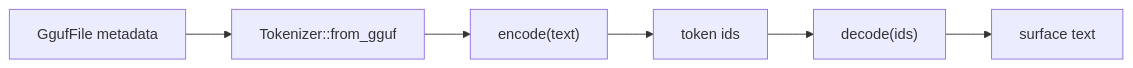
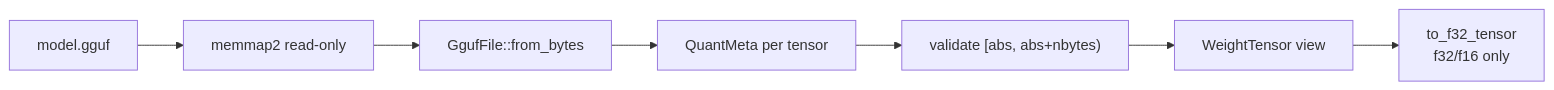
The second of 2 diagrams in docs/architecture.md (404khai/phalanx), drawn with Mermaid before and after one commit. The commit also changed other lines of this file and 17 other files, not shown here.

First line of the commit message:
feat(weights): mmap GGUF payloads with quantization metadata

````diff
--- a/docs/architecture.md
+++ b/docs/architecture.md
@@ -49,8 +52,9 @@
 ```mermaid
 flowchart LR
-    GGUF["GgufFile metadata"] --> Load["Tokenizer::from_gguf"]
-    Load --> Enc["encode(text)"]
-    Enc --> Ids["token ids"]
-    Ids --> Dec["decode(ids)"]
-    Dec --> Text["surface text"]
+    Path["model.gguf"] --> Mmap["memmap2 read-only"]
+    Mmap --> Parse["GgufFile::from_bytes"]
+    Parse --> Meta["QuantMeta per tensor"]
+    Meta --> Span["validate [abs, abs+nbytes)"]
+    Span --> View["WeightTensor view"]
+    View --> Dense["to_f32_tensor<br/>f32/f16 only"]
 ```
````
